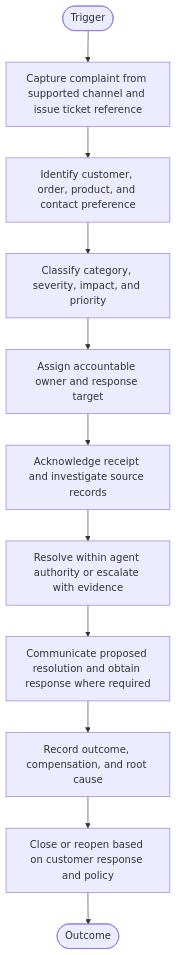
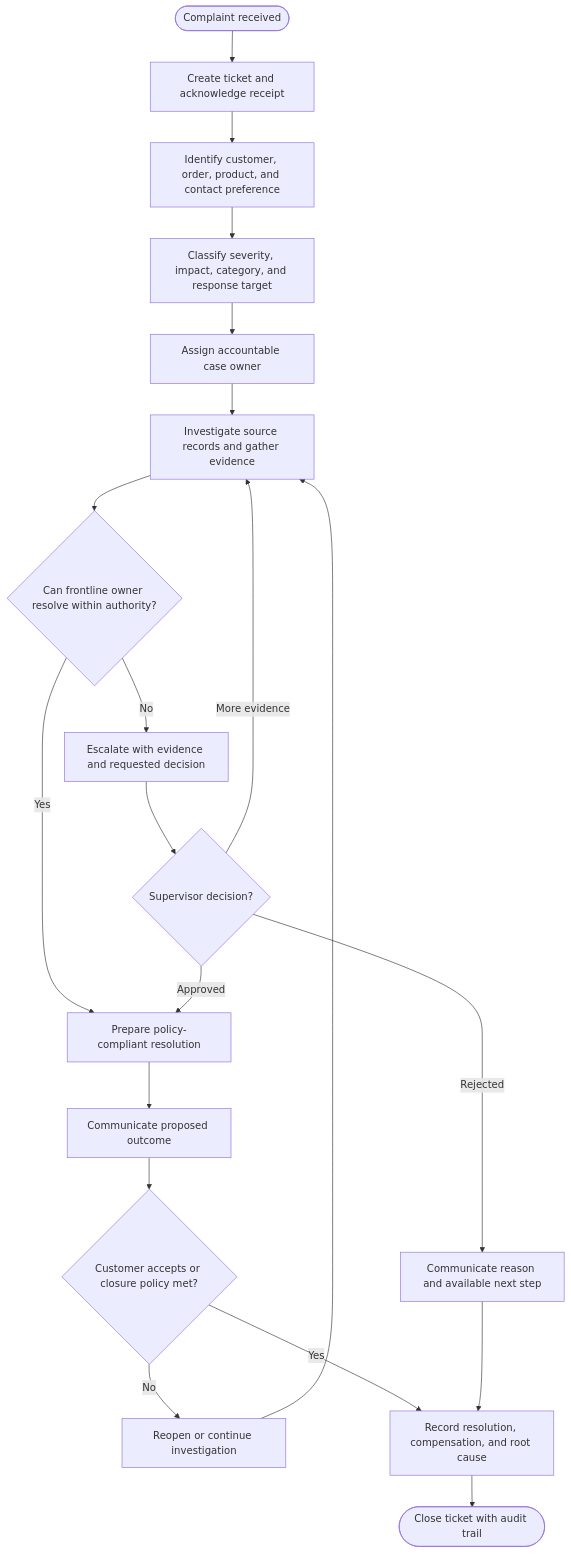
Before and after one commit to reviveproject4-source/visual-business-flows: the first of 3 diagrams in 02-crm-and-customer-retention/complaint-and-ticket-resolution.md, drawn with Mermaid. The commit also changed other lines of this file and 14 other files, not shown here.

First line of the commit message:
Align workflow diagrams with business rules and exceptions

````diff
--- a/02-crm-and-customer-retention/complaint-and-ticket-resolution.md
+++ b/02-crm-and-customer-retention/complaint-and-ticket-resolution.md
@@ -55,22 +55,22 @@
 ```mermaid
 flowchart TD
-    Start([Trigger]) --> S1
-    S1[Capture complaint from supported channel and issue ticket reference]
-    S2[Identify customer, order, product, and contact preference]
-    S3[Classify category, severity, impact, and priority]
-    S4[Assign accountable owner and response target]
-    S5[Acknowledge receipt and investigate source records]
-    S6[Resolve within agent authority or escalate with evidence]
-    S7[Communicate proposed resolution and obtain response where required]
-    S8[Record outcome, compensation, and root cause]
-    S9[Close or reopen based on customer response and policy]
-    S1 --> S2
-    S2 --> S3
-    S3 --> S4
-    S4 --> S5
-    S5 --> S6
-    S6 --> S7
-    S7 --> S8
-    S8 --> S9
-    S9 --> End([Outcome])
+    A([Complaint received]) --> B[Create ticket and acknowledge receipt]
+    B --> C[Identify customer, order, product, and contact preference]
+    C --> D[Classify severity, impact, category, and response target]
+    D --> E[Assign accountable case owner]
+    E --> F[Investigate source records and gather evidence]
+    F --> G{Can frontline owner resolve within authority?}
+    G -->|Yes| H[Prepare policy-compliant resolution]
+    G -->|No| I[Escalate with evidence and requested decision]
+    I --> J{Supervisor decision?}
+    J -->|More evidence| F
+    J -->|Rejected| K[Communicate reason and available next step]
+    J -->|Approved| H
+    H --> L[Communicate proposed outcome]
+    L --> M{Customer accepts or closure policy met?}
+    M -->|No| N[Reopen or continue investigation]
+    N --> F
+    M -->|Yes| O[Record resolution, compensation, and root cause]
+    K --> O
+    O --> P([Close ticket with audit trail])
 ```
````
